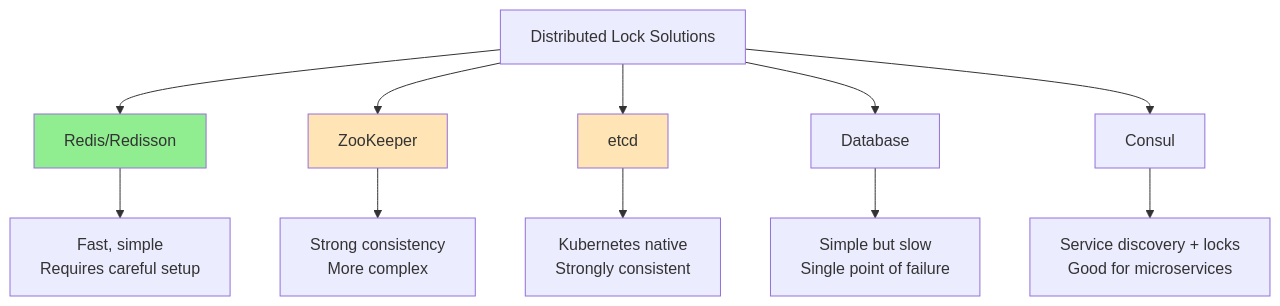
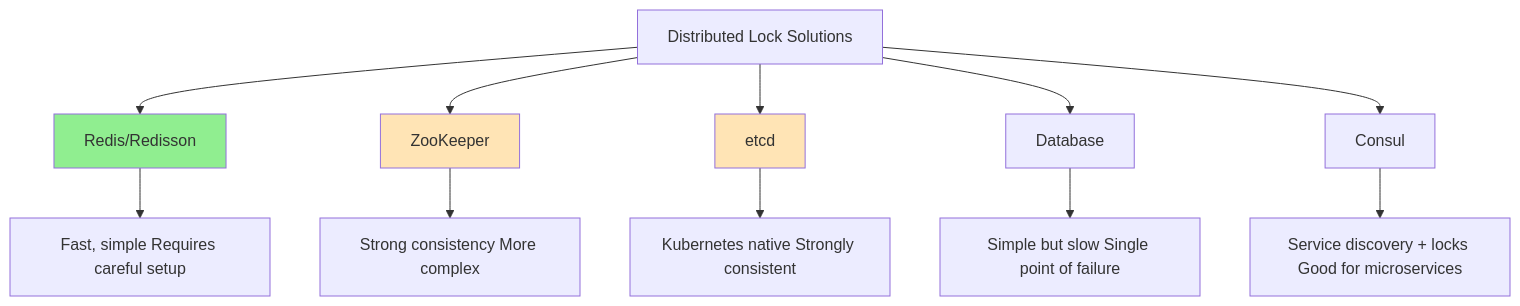
Diagram 20 of 39 in Distributed_Concurrency_Control_Guide.md (p1kmr/for-reading), drawn with Mermaid before and after one commit. The commit also changed other lines of this file and 2 other files, not shown here.

Commit message:
Fix Mermaid rendering issues in Databases and Message Queues guides by simplifying complex diagrams

````diff
--- a/Distributed_Concurrency_Control_Guide.md
+++ b/Distributed_Concurrency_Control_Guide.md
@@ -1014,18 +1014,18 @@
 ```mermaid
 graph TD
     A[Distributed Lock Solutions] --> B[Redis/Redisson]
     A --> C[ZooKeeper]
     A --> D[etcd]
     A --> E[Database]
     A --> F[Consul]
 
-    B --> G[Fast, simple<br/>Requires careful setup]
-    C --> H[Strong consistency<br/>More complex]
-    D --> I[Kubernetes native<br/>Strongly consistent]
-    E --> J[Simple but slow<br/>Single point of failure]
-    F --> K[Service discovery + locks<br/>Good for microservices]
+    B --> G[Fast, simple Requires careful setup]
+    C --> H[Strong consistency More complex]
+    D --> I[Kubernetes native Strongly consistent]
+    E --> J[Simple but slow Single point of failure]
+    F --> K[Service discovery + locks Good for microservices]
 
     style B fill:#90EE90
     style C fill:#FFE4B5
     style D fill:#FFE4B5
 ```
````
